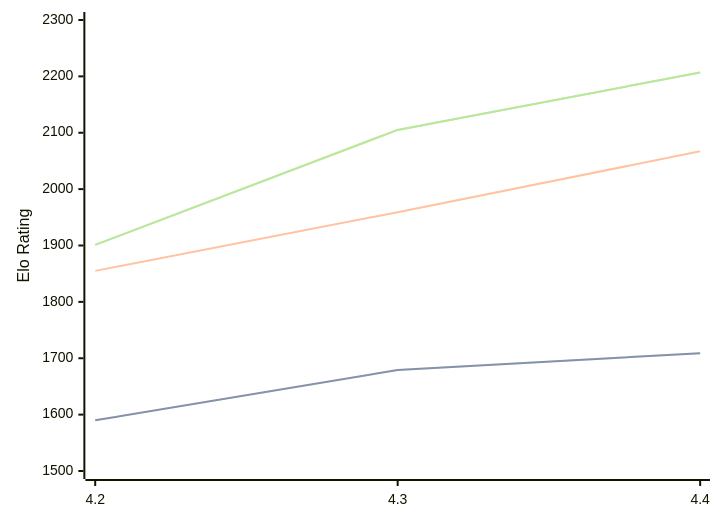
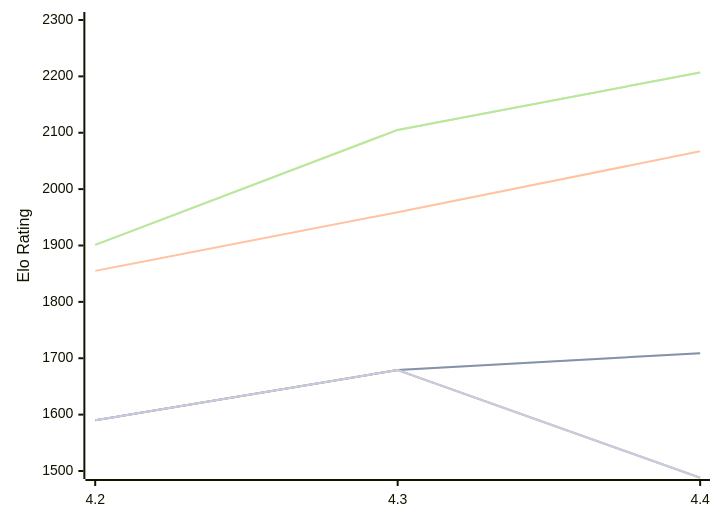
The diagram in engines/Radiance.md (computer-chess-index/cci), drawn with Mermaid before and after one commit. The commit also changed other lines of this file, not shown here.

Commit message:
Update CCI Ratings (ELO VLTC) - 2026-10-11

````diff
--- a/engines/Radiance.md
+++ b/engines/Radiance.md
@@ -49,16 +51,13 @@
 ```mermaid
 %%{init: {"theme":"base","themeVariables":{"seriesColors:['#a3a3a3','#222221','#faa371']}}}%%
 xychart-beta
   x-axis ["4.2", "4.3", "4.4"]
   y-axis "Elo Rating" 1500 --> 2300
   line "" [1590, 1679, 1709]
   line "T1: STC (8.0+0.08s)" [1590, 1679, 1709]
   line "T1: LTC (60.0+0.60s)" [1855, 1959, 2067]
   line "" [1901, 2105, 2207]
   line "T1: VLTC (2m24s+1.12s)" [1901, 2105, 2207]
-  line "" [1473]
-  line "E1: STC (8.0+0.08s)" [1473]
-  line "E1: LTC (60.0+0.60s)" [1820]
-  line "" [1905]
-  line "E1: VLTC (2m24s+1.12s)" [1905]
+  line "" [1590, 1679,1488, 2057]
+  line "E1: STC (8.0+0.08s)" [1590, 1679,1488, 2057]
 ```
````
